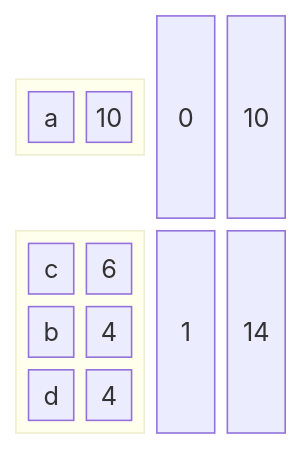
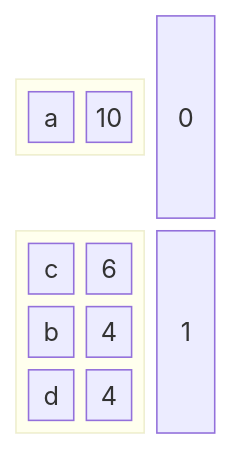
One commit to BenhurUFSM/pod26b changed the sixth of 7 diagrams in Assuntos/compressao.md. Above: the diagram before and after it, drawn with Mermaid. The commit also changed other lines of this file, not shown here.

````diff
--- a/Assuntos/compressao.md
+++ b/Assuntos/compressao.md
@@ -148,18 +148,16 @@
 ```mermaid
 block
-columns 4
+columns 3
 block:b1:2
 columns 2
 c1["a"] v1["10"]
 end
 0
-10
 block:b2:2
 columns 2
 c2["c"] v2["6"]
 c3["b"] v3["4"]
 c4["d"] v4["4"]
 end
 1
-14
 ```
````
